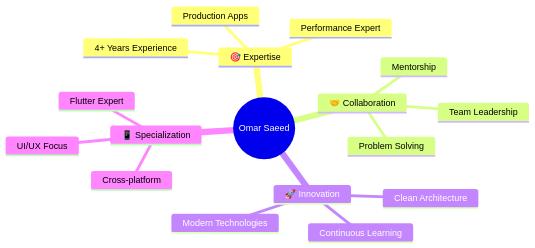
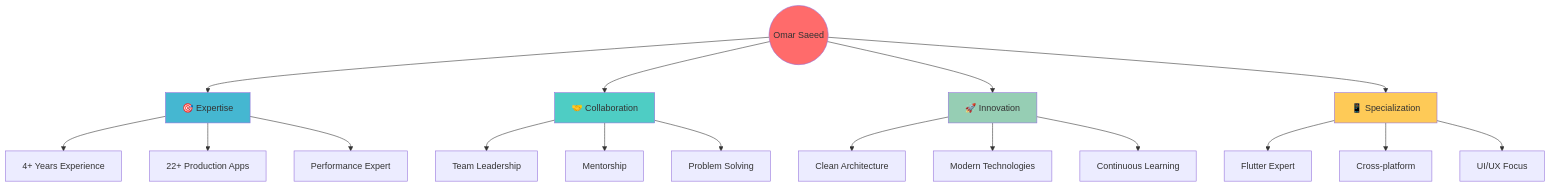
Before and after one commit to OmarSaeed20/OmarSaeed20: the fourth of 4 diagrams in README.md, drawn with Mermaid. The commit also changed other lines of this file and 1 other file, not shown here.

Commit message:
Update LinkedIn URL to omar-saied-5a25491ba

````diff
--- a/README.md
+++ b/README.md
@@ -417,20 +407,30 @@
 ```mermaid
-mindmap
-  root((Omar Saeed))
-    🎯 Expertise
-      4+ Years Experience
-      Production Apps
-      Performance Expert
-    🤝 Collaboration
-      Team Leadership
-      Mentorship
-      Problem Solving
-    🚀 Innovation
-      Clean Architecture
-      Modern Technologies
-      Continuous Learning
-    📱 Specialization
-      Flutter Expert
-      Cross-platform
-      UI/UX Focus
+graph TD
+    O(("Omar Saeed"))
+    O --> A["🎯 Expertise"]
+    O --> B["🤝 Collaboration"]
+    O --> C["🚀 Innovation"]
+    O --> D["📱 Specialization"]
+
+    A --> A1["4+ Years Experience"]
+    A --> A2["22+ Production Apps"]
+    A --> A3["Performance Expert"]
+
+    B --> B1["Team Leadership"]
+    B --> B2["Mentorship"]
+    B --> B3["Problem Solving"]
+
+    C --> C1["Clean Architecture"]
+    C --> C2["Modern Technologies"]
+    C --> C3["Continuous Learning"]
+
+    D --> D1["Flutter Expert"]
+    D --> D2["Cross-platform"]
+    D --> D3["UI/UX Focus"]
+
+    style O fill:#FF6B6B
+    style A fill:#45B7D1
+    style B fill:#4ECDC4
+    style C fill:#96CEB4
+    style D fill:#FECA57
 ```
````
